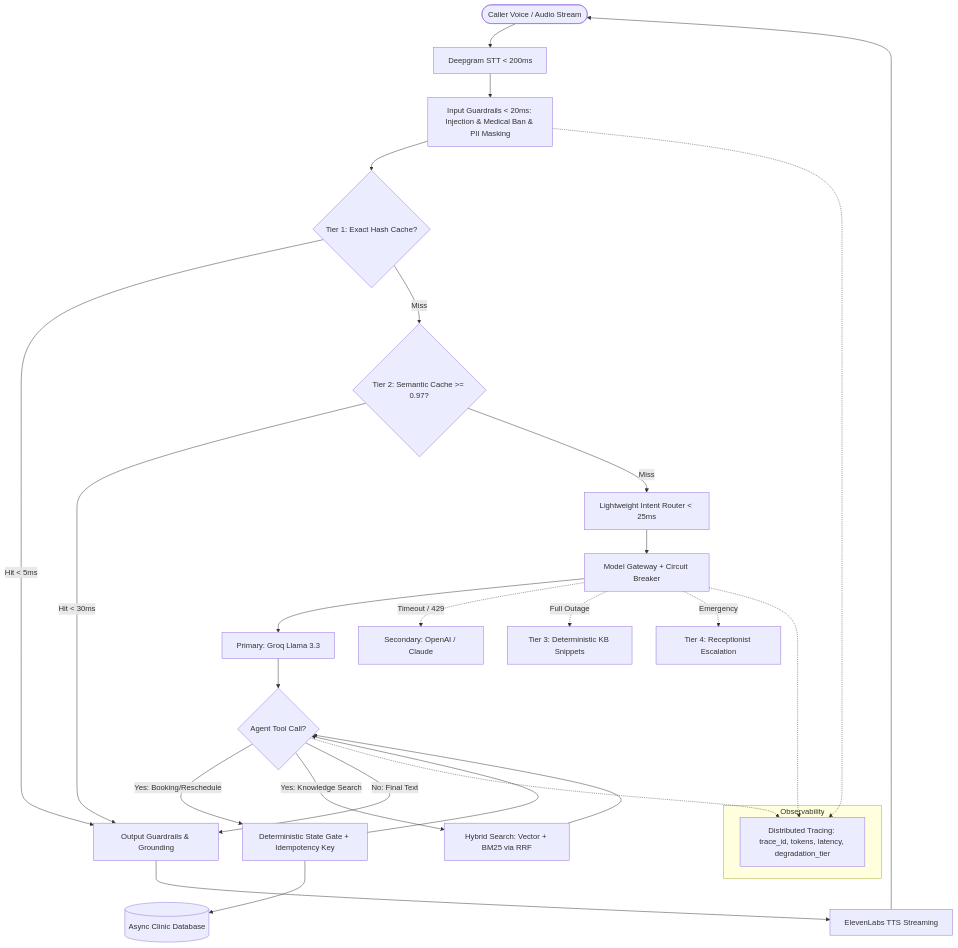
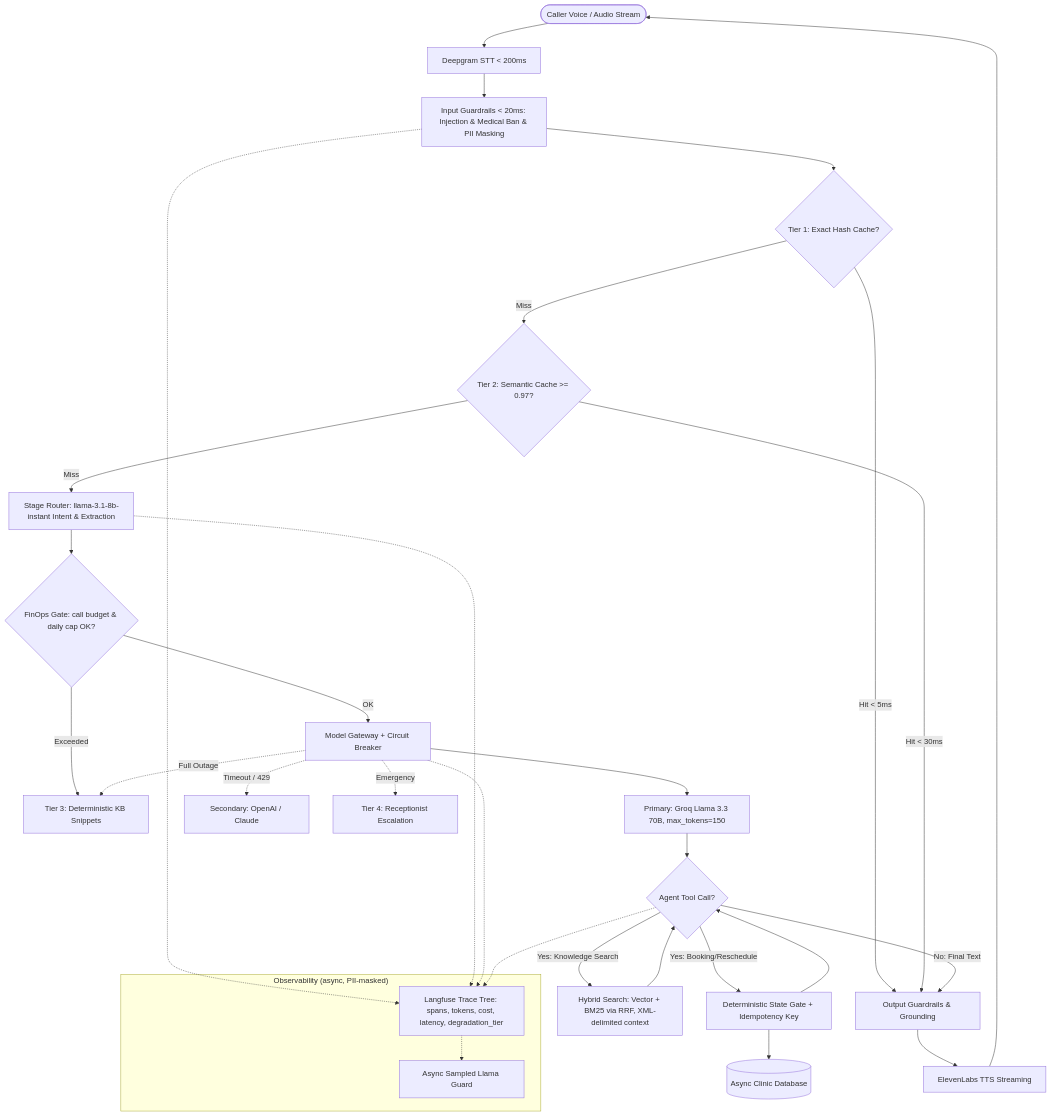
The diagram in spec/features/feature-400-enterprise-ai-architecture-and-resilience/plan.md (MaahmoudAbdelghany/Voice_Agent), drawn with Mermaid before and after one commit. The commit also changed other lines of this file and 19 other files, not shown here.

Commit message:
feat(ai_core): implement model gateway, stage routing, circuit breaker and 4-tier degradation (Feature 4.1)

````diff
--- a/spec/features/feature-400-enterprise-ai-architecture-and-resilience/plan.md
+++ b/spec/features/feature-400-enterprise-ai-architecture-and-resilience/plan.md
@@ -71,36 +96,41 @@
 ```mermaid
 flowchart TD
     User([Caller Voice / Audio Stream]) --> STT[Deepgram STT < 200ms]
     STT --> InGuard[Input Guardrails < 20ms: Injection & Medical Ban & PII Masking]
     
     InGuard --> ExactCache{Tier 1: Exact Hash Cache?}
     ExactCache -- Hit < 5ms --> OutGuard[Output Guardrails & Grounding]
     ExactCache -- Miss --> SemCache{Tier 2: Semantic Cache >= 0.97?}
     
     SemCache -- Hit < 30ms --> OutGuard
-    SemCache -- Miss --> Router[Lightweight Intent Router < 25ms]
+    SemCache -- Miss --> Router[Stage Router: llama-3.1-8b-instant Intent & Extraction]
     
-    Router --> Gateway[Model Gateway + Circuit Breaker]
-    Gateway --> PrimaryLLM[Primary: Groq Llama 3.3]
+    Router --> Budget{FinOps Gate: call budget & daily cap OK?}
+    Budget -- Exceeded --> FallbackKB
+    Budget -- OK --> Gateway[Model Gateway + Circuit Breaker]
+    Gateway --> PrimaryLLM[Primary: Groq Llama 3.3 70B, max_tokens=150]
     Gateway -. Timeout / 429 .-> FallbackLLM[Secondary: OpenAI / Claude]
     Gateway -. Full Outage .-> FallbackKB[Tier 3: Deterministic KB Snippets]
     Gateway -. Emergency .-> HumanHandoff[Tier 4: Receptionist Escalation]
     
     PrimaryLLM --> ToolCall{Agent Tool Call?}
     ToolCall -- Yes: Booking/Reschedule --> DetGate[Deterministic State Gate + Idempotency Key]
     DetGate --> DB[(Async Clinic Database)]
     DetGate --> ToolCall
-    ToolCall -- Yes: Knowledge Search --> HybridRAG[Hybrid Search: Vector + BM25 via RRF]
+    ToolCall -- Yes: Knowledge Search --> HybridRAG[Hybrid Search: Vector + BM25 via RRF, XML-delimited context]
     HybridRAG --> ToolCall
     
     ToolCall -- No: Final Text --> OutGuard
     OutGuard --> TTS[ElevenLabs TTS Streaming]
     TTS --> User
     
-    subgraph Observability
-        Trace[Distributed Tracing: trace_id, tokens, latency, degradation_tier]
+    subgraph Observability["Observability (async, PII-masked)"]
+        Trace[Langfuse Trace Tree: spans, tokens, cost, latency, degradation_tier]
+        Guard[Async Sampled Llama Guard]
     end
     InGuard -.-> Trace
+    Router -.-> Trace
     Gateway -.-> Trace
     ToolCall -.-> Trace
+    Trace -.-> Guard
 ```
````
